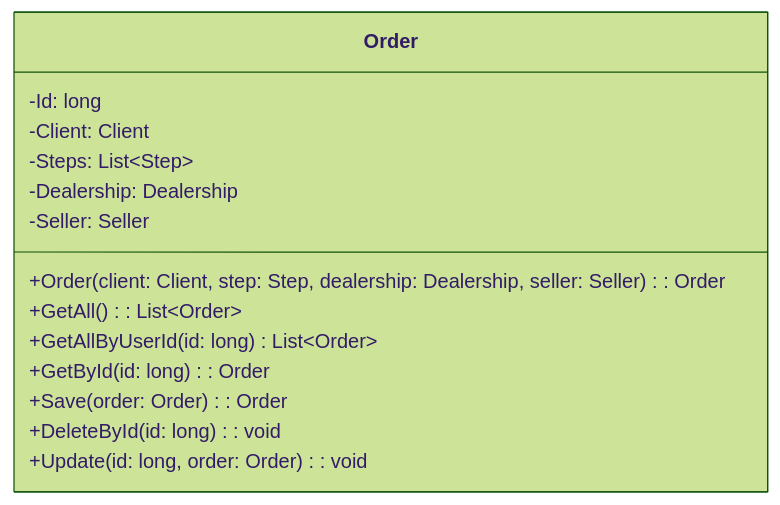
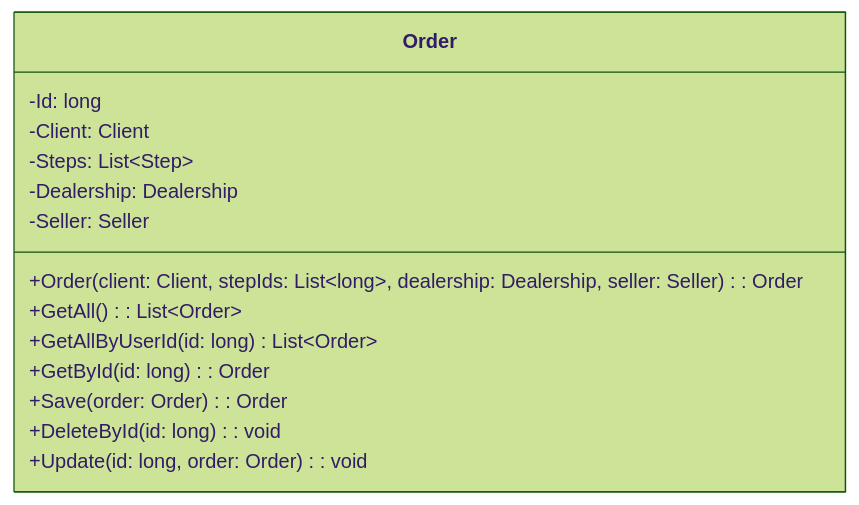
One commit to AndreLucas0/diagrama-de-classes-projeto-integrador changed diagram 17 of 17 in Classes.md. Above: the diagram before and after it, drawn with Mermaid (forest theme). The commit also changed other lines of this file, not shown here.

Commit message:
diagrama finalizado

````diff
--- a/Classes.md
+++ b/Classes.md
@@ -264,17 +264,17 @@
 ```mermaid
 classDiagram
     class Order {
         -Id: long
         -Client: Client
         -Steps: List&lt;Step&gt;
         -Dealership: Dealership
         -Seller: Seller
-        +Order (client: Client, step: Step, dealership: Dealership, seller: Seller): Order
+        +Order (client: Client, stepIds: List&lt;long&gt;, dealership: Dealership, seller: Seller): Order
         +GetAll (): List&lt;Order&gt;
         +GetAllByUserId (id: long) List&lt;Order&gt;
         +GetById (id: long): Order
         +Save (order: Order): Order
         +DeleteById (id: long): void
         +Update (id: long, order: Order): void
     }
 ```
````
